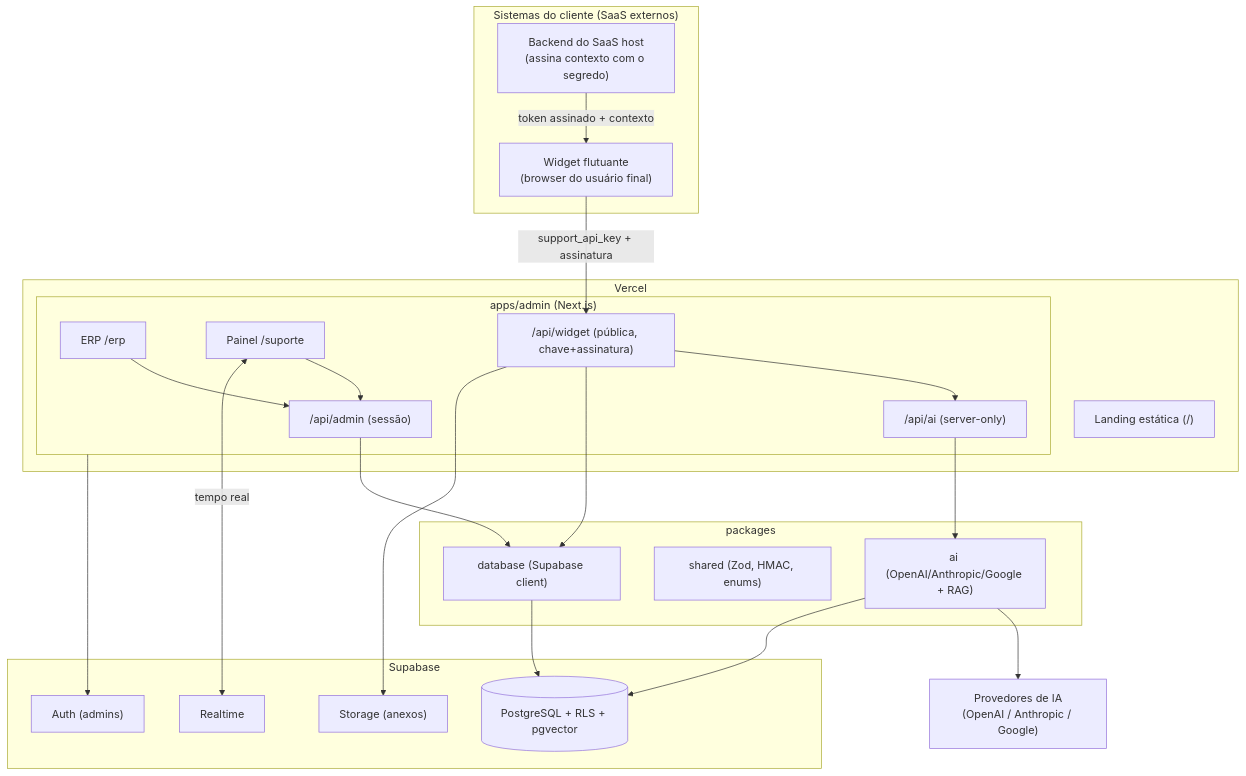
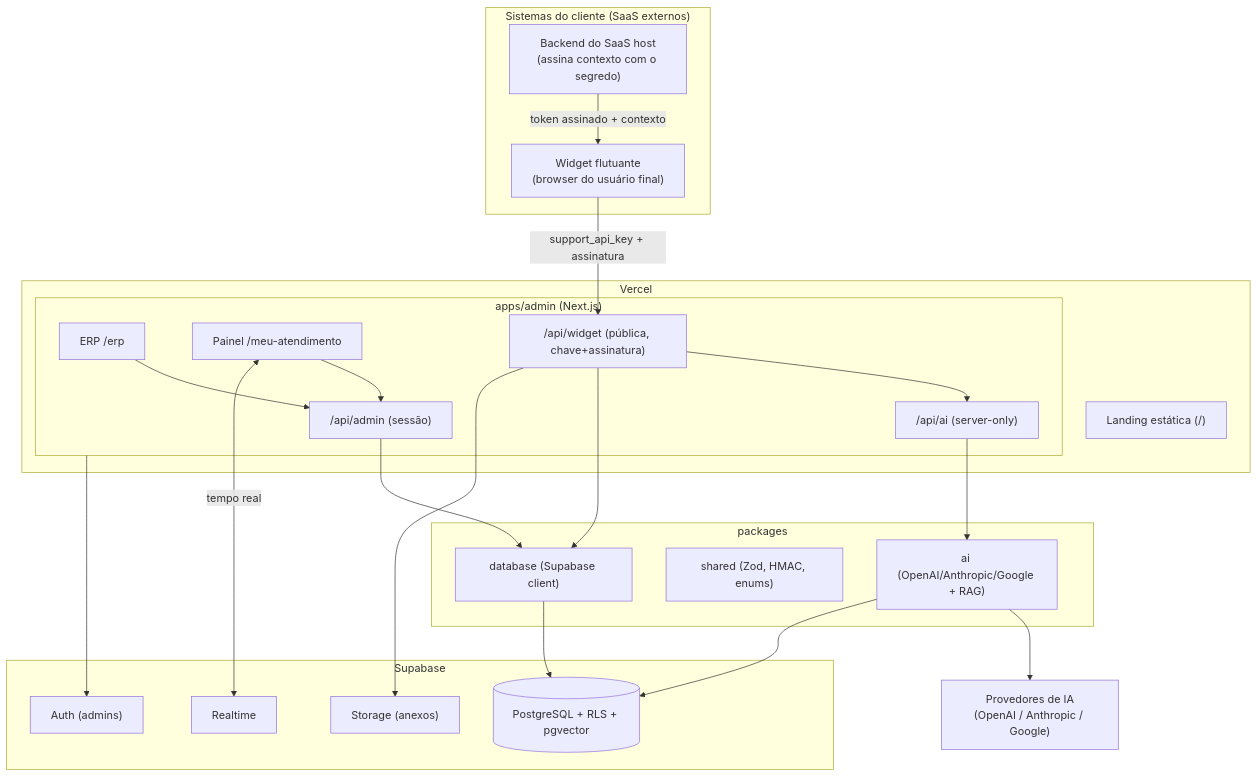
The first of 4 diagrams in .kiro/specs/plataforma-synova/design.md (Brunobiu/synova-sistemas), drawn with Mermaid before and after one commit. The commit also changed other lines of this file and 2 other files, not shown here.

````diff
--- a/.kiro/specs/plataforma-synova/design.md
+++ b/.kiro/specs/plataforma-synova/design.md
@@ -62,47 +62,47 @@
 ```mermaid
 flowchart TB
     subgraph Externo["Sistemas do cliente (SaaS externos)"]
         Host["Backend do SaaS host<br/>(assina contexto com o segredo)"]
         WV["Widget flutuante<br/>(browser do usuário final)"]
     end
 
     subgraph Vercel["Vercel"]
         subgraph Admin["apps/admin (Next.js)"]
             ERP["ERP /erp"]
-            PAN["Painel /suporte"]
+            PAN["Painel /meu-atendimento"]
             APIW["/api/widget (pública, chave+assinatura)"]
             APIA["/api/admin (sessão)"]
             AISVC["/api/ai (server-only)"]
         end
         Land["Landing estática (/)"]
     end
 
     subgraph Pkgs["packages"]
         AI["ai (OpenAI/Anthropic/Google + RAG)"]
         SH["shared (Zod, HMAC, enums)"]
         DB["database (Supabase client)"]
     end
 
     subgraph Supabase["Supabase"]
         PG[("PostgreSQL + RLS + pgvector")]
         AUTH["Auth (admins)"]
         ST["Storage (anexos)"]
         RT["Realtime"]
     end
 
     Prov["Provedores de IA<br/>(OpenAI / Anthropic / Google)"]
 
     Host -->|token assinado + contexto| WV
     WV -->|support_api_key + assinatura| APIW
     APIW --> AISVC
     AISVC --> AI --> Prov
     APIW --> DB
     APIA --> DB
     ERP --> APIA
     PAN --> APIA
     PAN <-->|tempo real| RT
     DB --> PG
     Admin --> AUTH
     APIW --> ST
     AI --> PG
 ```
````
